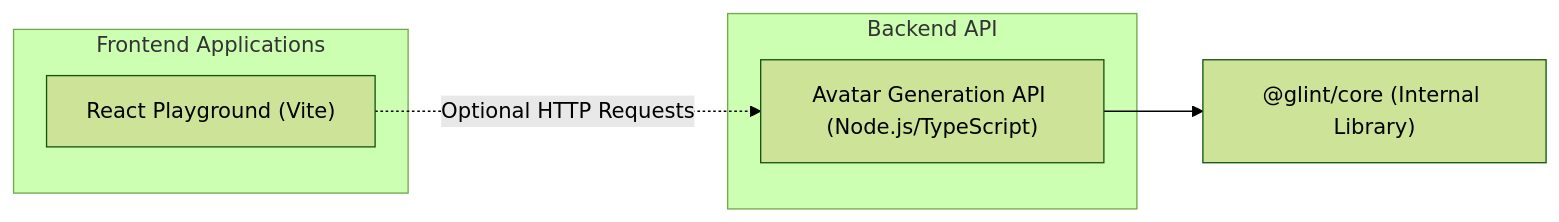
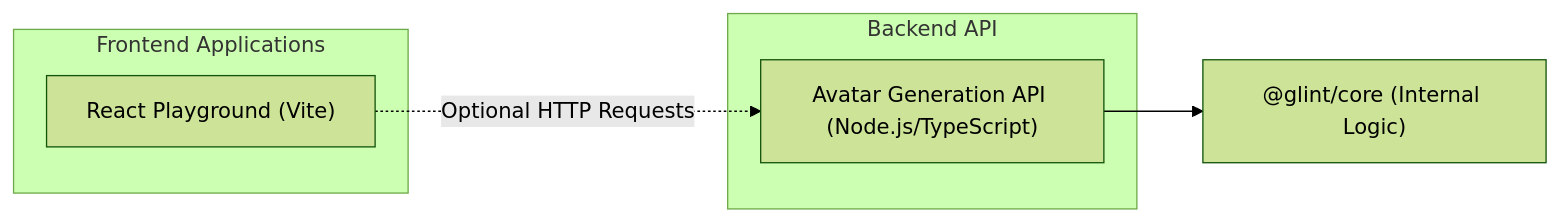
One commit to Charmingdc/glint changed the second of 2 diagrams in .dokugen-backup.md. Above: the diagram before and after it, drawn with Mermaid (forest theme). The commit also changed other lines of this file and 16 other files, not shown here.

````diff
--- a/.dokugen-backup.md
+++ b/.dokugen-backup.md
@@ -86,15 +86,15 @@
 ```mermaid
 flowchart LR
     subgraph Frontend["Frontend Applications"]
         Playground["React Playground (Vite)"]
     end
 
     subgraph Backend["Backend API"]
         AvatarAPI["Avatar Generation API (Node.js/TypeScript)"]
     end
 
-    InternalPackage["@glint/core (Internal Library)"]
+    InternalPackage["@glint/core (Internal Logic)"]
 
     Playground -. "Optional HTTP Requests" .-> AvatarAPI
     AvatarAPI --> InternalPackage
 ```
````
